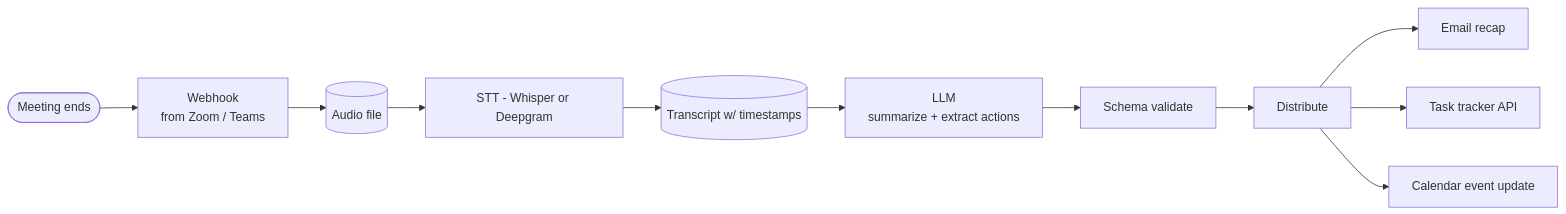
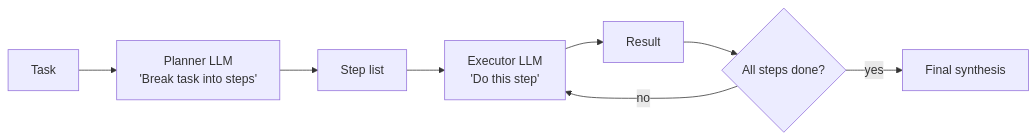
One commit to PranavMotarwar/Urban-Policy-Advisor-LLM changed the sixth of 48 diagrams in SYSTEM_DESIGN_PREP.md. Above: the diagram before and after it, drawn with Mermaid. The commit also changed other lines of this file, not shown here.

````diff
--- a/SYSTEM_DESIGN_PREP.md
+++ b/SYSTEM_DESIGN_PREP.md
@@ -1653,13 +491,10 @@
 ```mermaid
 flowchart LR
-    Meeting([Meeting ends]) --> Webhook[Webhook<br/>from Zoom / Teams]
-    Webhook --> Audio[(Audio file)]
-    Audio --> STT[STT - Whisper or Deepgram]
-    STT --> Transcript[(Transcript w/ timestamps)]
-    Transcript --> LLM[LLM<br/>summarize + extract actions]
-    LLM --> Validate[Schema validate]
-    Validate --> Distrib[Distribute]
-    Distrib --> Mail[Email recap]
-    Distrib --> Task[Task tracker API]
-    Distrib --> Cal[Calendar event update]
+    Task[Task] --> Planner[Planner LLM<br/>'Break task into steps']
+    Planner --> Plan[Step list]
+    Plan --> Exec[Executor LLM<br/>'Do this step']
+    Exec --> Result[Result]
+    Result --> Done{All steps done?}
+    Done -->|no| Exec
+    Done -->|yes| Final[Final synthesis]
 ```
````
